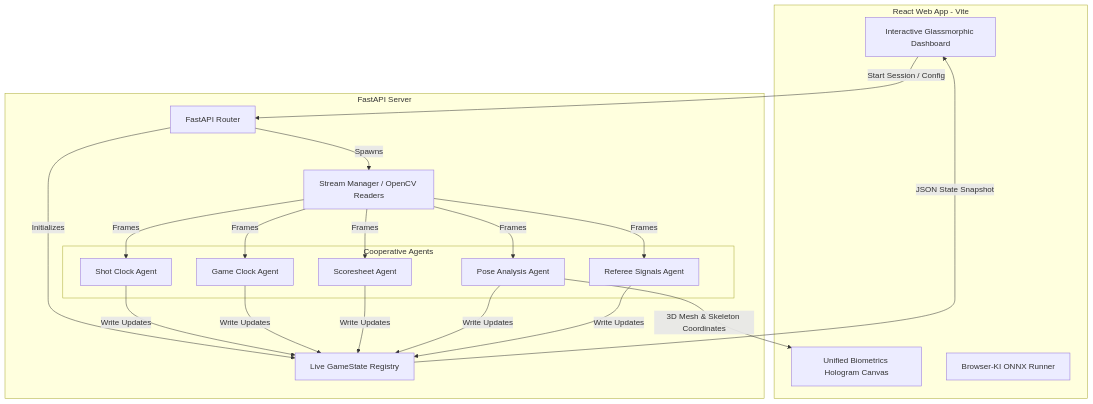
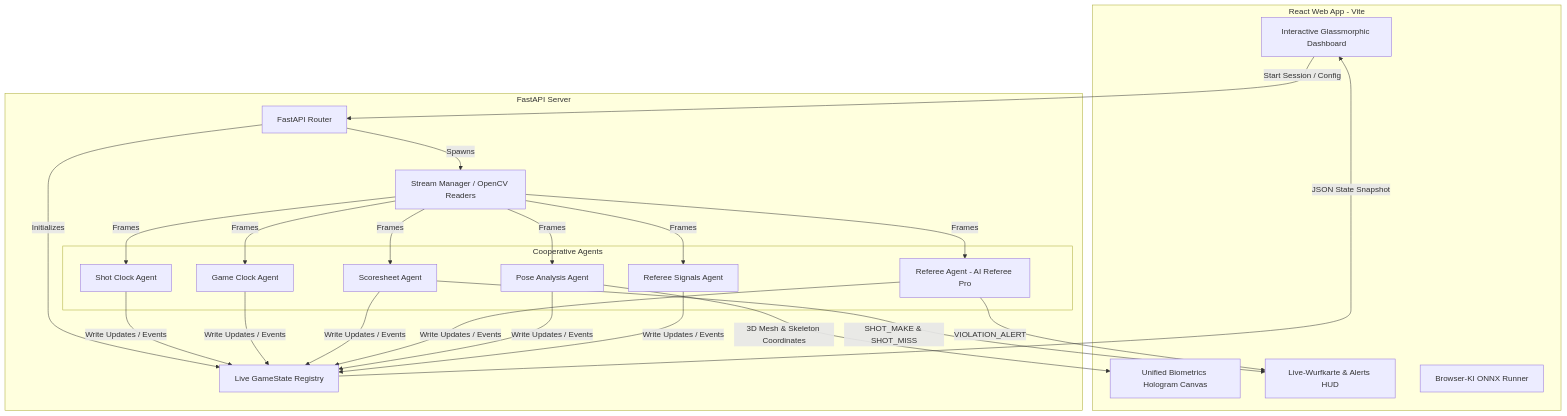
One commit to EthicalSaving-gUG/hoop-stats-analyzer changed the diagram in README.md. Above: the diagram before and after it, drawn with Mermaid. The commit also changed other lines of this file and 36 other files, not shown here.

Commit message:
Document architecture and add grounding workflow

````diff
--- a/README.md
+++ b/README.md
@@ -36,30 +70,34 @@
 ```mermaid
 graph TD
     subgraph Frontend [React Web App - Vite]
         UI[Interactive Glassmorphic Dashboard]
         Canvas[Unified Biometrics Hologram Canvas]
+        ShotMap[Live-Wurfkarte & Alerts HUD]
         Bench[Browser-KI ONNX Runner]
     end
 
     subgraph Backend [FastAPI Server]
         API[FastAPI Router]
         SM[Stream Manager / OpenCV Readers]
         GS[Live GameState Registry]
         
         subgraph Cooperative Agents
             SCA[Shot Clock Agent]
             GCA[Game Clock Agent]
             SSA[Scoresheet Agent]
+            RefA[Referee Agent - AI Referee Pro]
             PA[Pose Analysis Agent]
             RSA[Referee Signals Agent]
         end
     end
 
     UI -->|Start Session / Config| API
     API -->|Spawns| SM
     API -->|Initializes| GS
-    SM -->|Frames| SCA & GCA & SSA & PA & RSA
-    SCA & GCA & SSA & PA & RSA -->|Write Updates| GS
+    SM -->|Frames| SCA & GCA & SSA & RefA & PA & RSA
+    SCA & GCA & SSA & RefA & PA & RSA -->|Write Updates / Events| GS
     GS -->|JSON State Snapshot| UI
     PA -->|3D Mesh & Skeleton Coordinates| Canvas
+    SSA -->|SHOT_MAKE & SHOT_MISS| ShotMap
+    RefA -->|VIOLATION_ALERT| ShotMap
 ```
````
